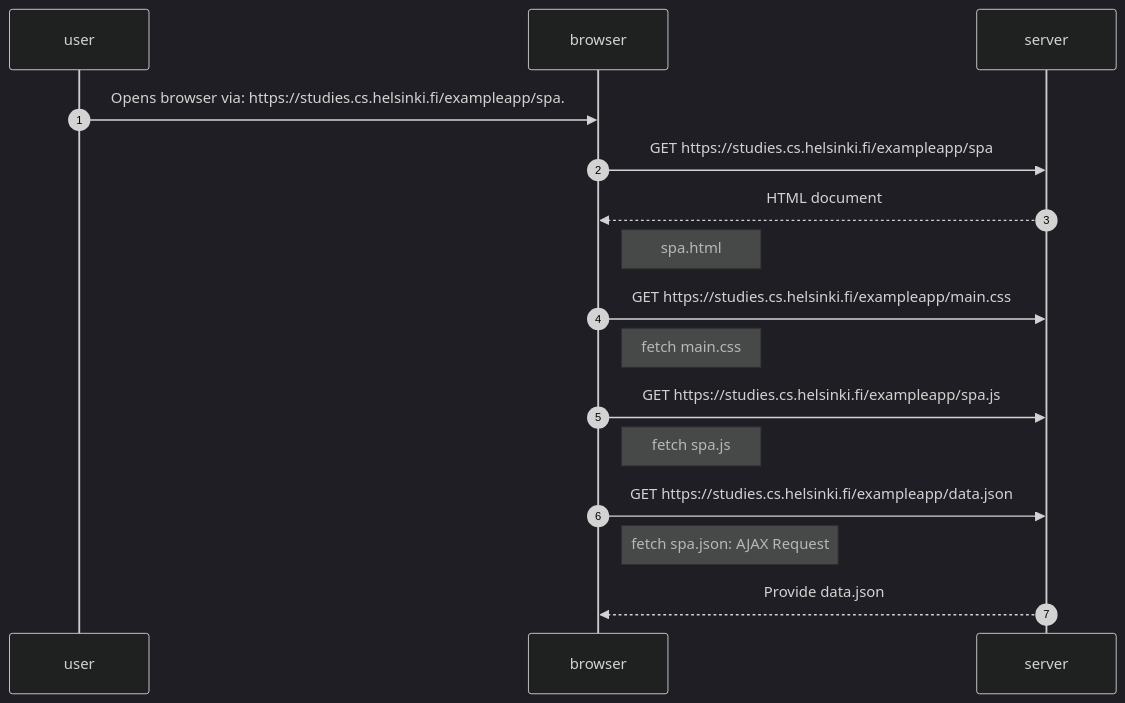
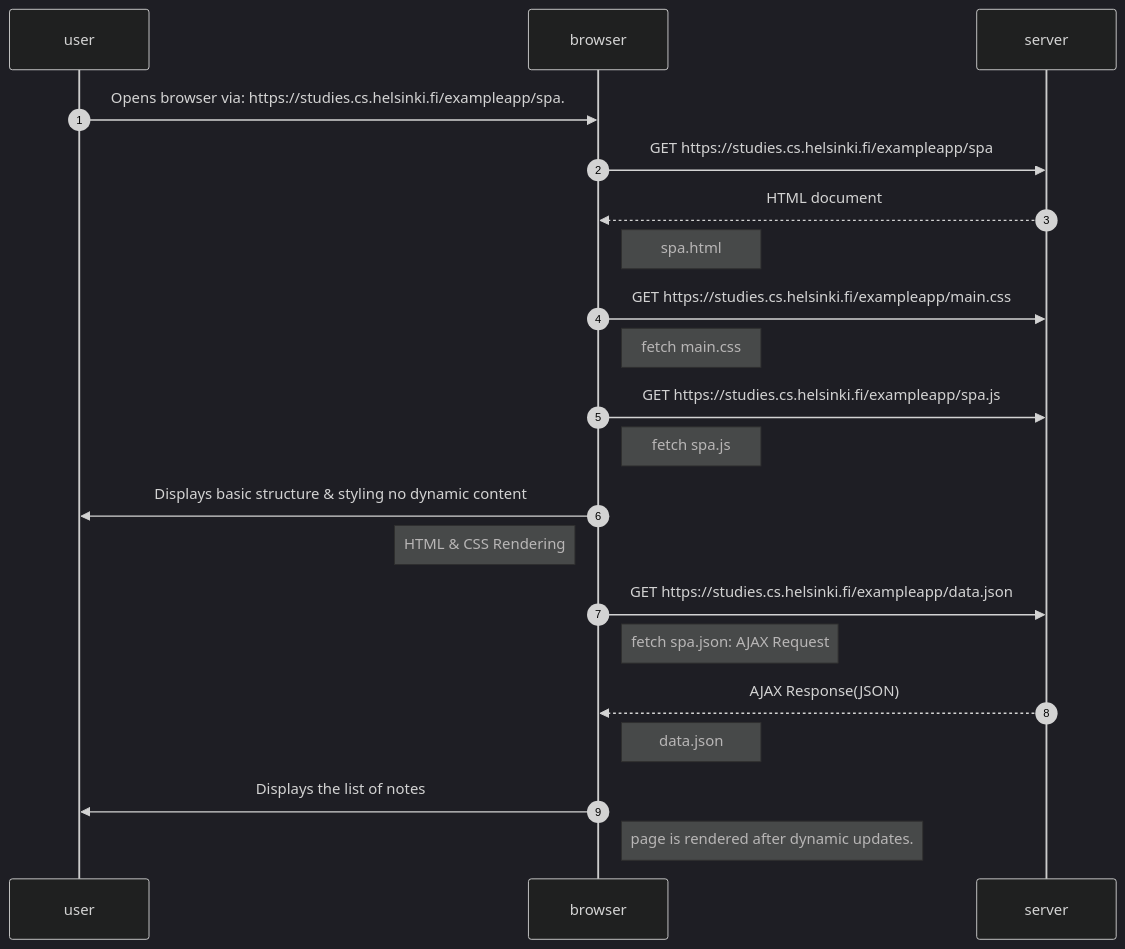
Before and after one commit to Donnanjoki/FullstackOpen.Tasks: the diagram in Part 0/spa diagram.md, drawn with Mermaid (dark theme). The commit also changed 2 other files, not shown here.

Commit message:
completed sequence diagrams

````diff
--- a/Part 0/spa diagram.md
+++ b/Part 0/spa diagram.md
@@ -3,26 +3,34 @@
 ```mermaid
 sequenceDiagram
 autonumber
 participant user
 participant browser
 participant server
 
 user->>browser: Opens browser via: https://studies.cs.helsinki.fi/exampleapp/spa.
 
 browser->>server: GET https://studies.cs.helsinki.fi/exampleapp/spa
 server-->>browser: HTML document
 Note right of browser: spa.html
 
 browser->>server: GET https://studies.cs.helsinki.fi/exampleapp/main.css
 Note right of browser: fetch main.css
 
 browser->>server: GET https://studies.cs.helsinki.fi/exampleapp/spa.js
 Note right of browser: fetch spa.js
 
+browser->>user: Displays basic structure & styling no dynamic content
+Note left of browser: HTML & CSS Rendering
+
 browser->>server: GET https://studies.cs.helsinki.fi/exampleapp/data.json
 Note right of browser: fetch spa.json: AJAX Request
 
-server-->>browser: Provide data.json
+server-->>browser: AJAX Response(JSON)
+Note right of browser: data.json
+
+browser->>user: Displays the list of notes
+Note right of browser: page is rendered after dynamic updates.
+
 
 
 ```
````
